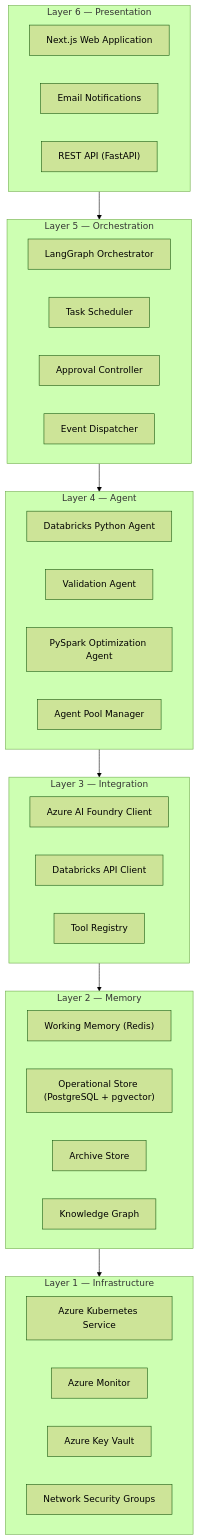
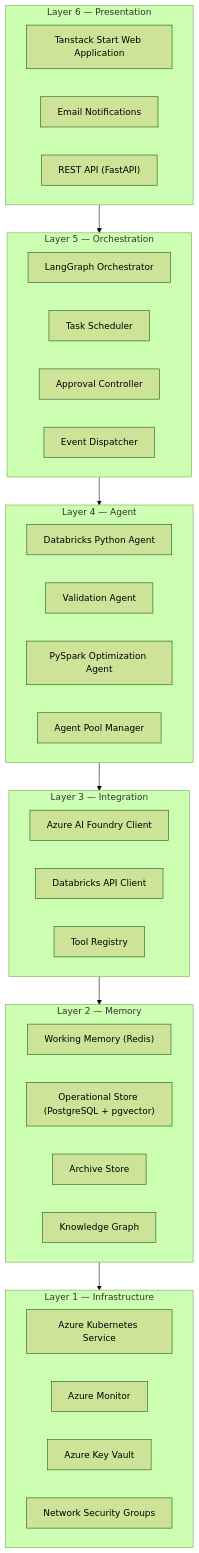
One commit to Parth18062003/bionics changed the first of 5 diagrams in AADAP_Master_Blueprint.md. Above: the diagram before and after it, drawn with Mermaid (forest theme). The commit also changed other lines of this file and 34 other files, not shown here.

````diff
--- a/AADAP_Master_Blueprint.md
+++ b/AADAP_Master_Blueprint.md
@@ -95,48 +95,48 @@
 ```mermaid
 graph TB
     subgraph L6["Layer 6 — Presentation"]
-        WEB["Next.js Web Application"]
+        WEB["Tanstack Start Web Application"]
         EMAIL["Email Notifications"]
         API["REST API (FastAPI)"]
     end
 
     subgraph L5["Layer 5 — Orchestration"]
         ORCH["LangGraph Orchestrator"]
         SCHED["Task Scheduler"]
         APPR["Approval Controller"]
         EVNT["Event Dispatcher"]
     end
 
     subgraph L4["Layer 4 — Agent"]
         DEV["Databricks Python Agent"]
         VAL["Validation Agent"]
         OPT["PySpark Optimization Agent"]
         POOL["Agent Pool Manager"]
     end
 
     subgraph L3["Layer 3 — Integration"]
         LLM["Azure AI Foundry Client"]
         DBX["Databricks API Client"]
         TOOL["Tool Registry"]
     end
 
     subgraph L2["Layer 2 — Memory"]
         WM["Working Memory (Redis)"]
         OP["Operational Store (PostgreSQL + pgvector)"]
         AR["Archive Store"]
         KG["Knowledge Graph"]
     end
 
     subgraph L1["Layer 1 — Infrastructure"]
         AKS["Azure Kubernetes Service"]
         MONITOR["Azure Monitor"]
         KV["Azure Key Vault"]
         NSG["Network Security Groups"]
     end
 
     L6 --> L5
     L5 --> L4
     L4 --> L3
     L3 --> L2
     L2 --> L1
 ```
````
